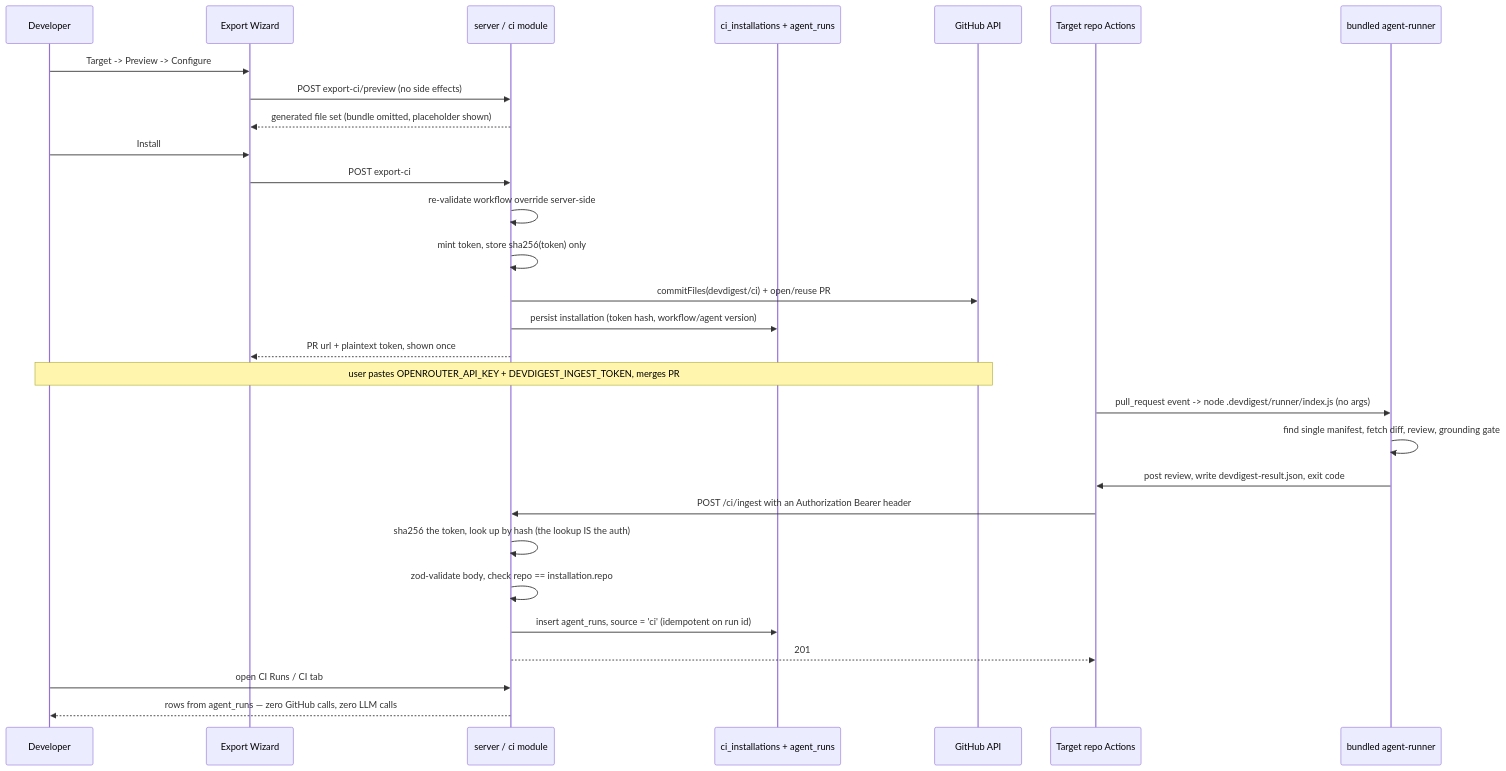
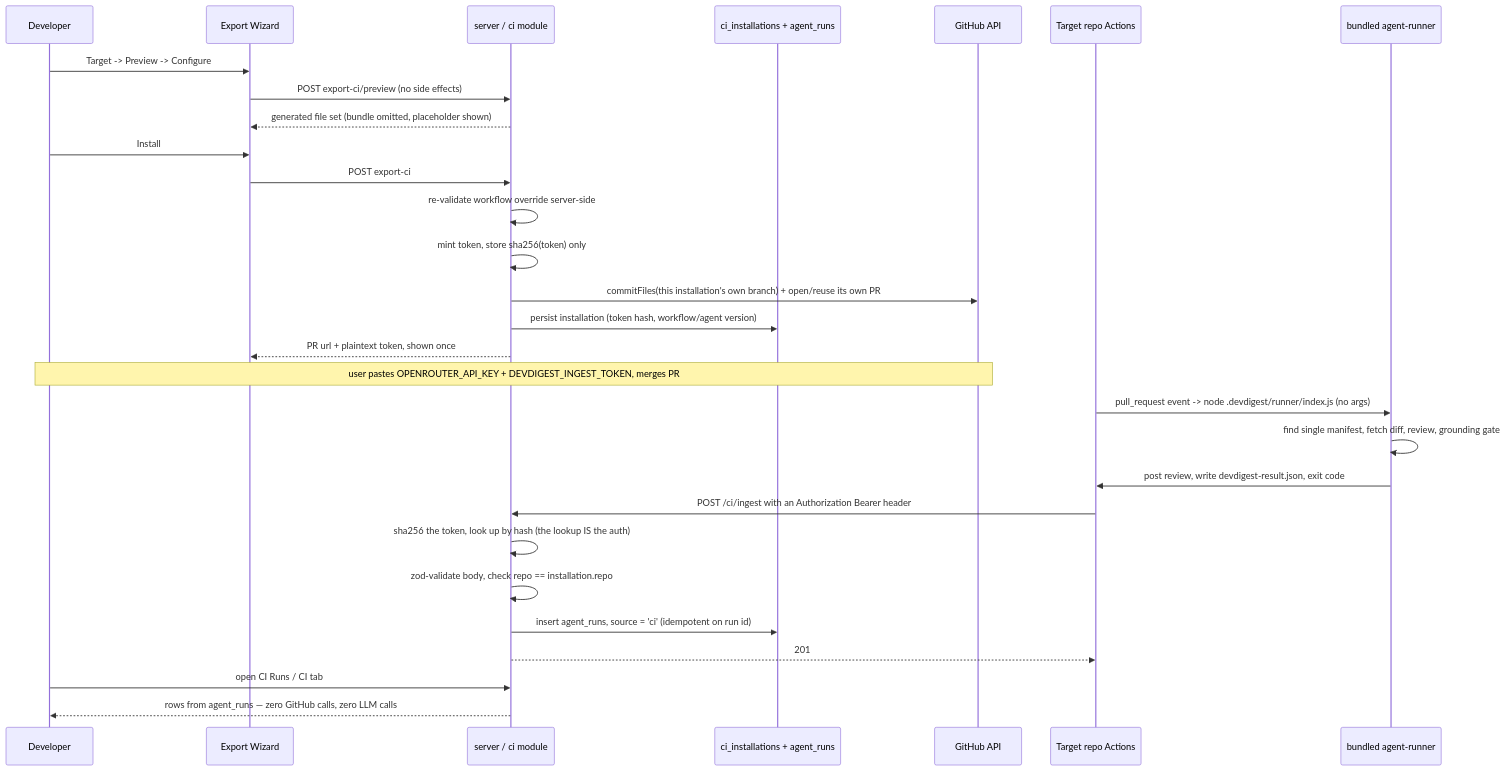
The second of 2 diagrams in docs/features/export-to-ci.md (AneliiaOleksiuk/dev-digest), drawn with Mermaid before and after one commit. The commit also changed other lines of this file and 11 other files, not shown here.

````diff
--- a/docs/features/export-to-ci.md
+++ b/docs/features/export-to-ci.md
@@ -464,32 +472,32 @@
 ```mermaid
 sequenceDiagram
     participant U as Developer
     participant W as Export Wizard
     participant API as server / ci module
     participant DB as ci_installations + agent_runs
     participant GH as GitHub API
     participant CI as Target repo Actions
     participant R as bundled agent-runner
 
     U->>W: Target -> Preview -> Configure
     W->>API: POST export-ci/preview (no side effects)
     API-->>W: generated file set (bundle omitted, placeholder shown)
     U->>W: Install
     W->>API: POST export-ci
     API->>API: re-validate workflow override server-side
     API->>API: mint token, store sha256(token) only
-    API->>GH: commitFiles(devdigest/ci) + open/reuse PR
+    API->>GH: commitFiles(this installation's own branch) + open/reuse its own PR
     API->>DB: persist installation (token hash, workflow/agent version)
     API-->>W: PR url + plaintext token, shown once
     Note over U,GH: user pastes OPENROUTER_API_KEY + DEVDIGEST_INGEST_TOKEN, merges PR
     CI->>R: pull_request event -> node .devdigest/runner/index.js (no args)
     R->>R: find single manifest, fetch diff, review, grounding gate
     R->>CI: post review, write devdigest-result.json, exit code
     CI->>API: POST /ci/ingest with an Authorization Bearer header
     API->>API: sha256 the token, look up by hash (the lookup IS the auth)
     API->>API: zod-validate body, check repo == installation.repo
     API->>DB: insert agent_runs, source = 'ci' (idempotent on run id)
     API-->>CI: 201
     U->>API: open CI Runs / CI tab
     API-->>U: rows from agent_runs — zero GitHub calls, zero LLM calls
 ```
````
